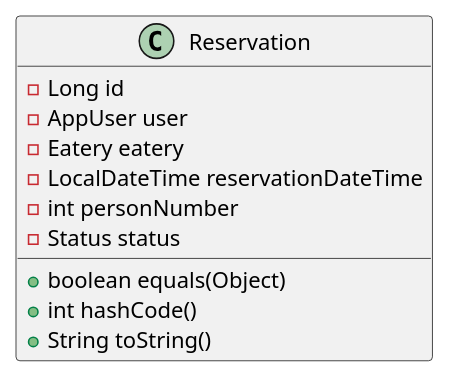
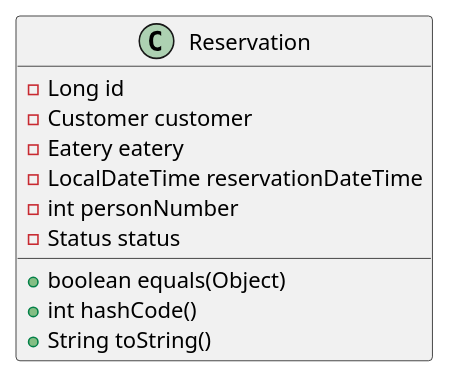
The diagram in diagram/reservation.puml (kyklospi/eatery), drawn with PlantUML before and after one commit. The commit also changed 21 other files, not shown here.

Commit message:
rename user to customer and base user to app user

```diff
--- a/diagram/reservation.puml
+++ b/diagram/reservation.puml
@@ -1,13 +1,13 @@
 @startuml
 class Reservation {
 - Long id
-- AppUser user
+- Customer customer
 - Eatery eatery
 - LocalDateTime reservationDateTime
 - int personNumber
 - Status status
 + boolean equals(Object)
 + int hashCode()
 + String toString()
 }
 @enduml
```
